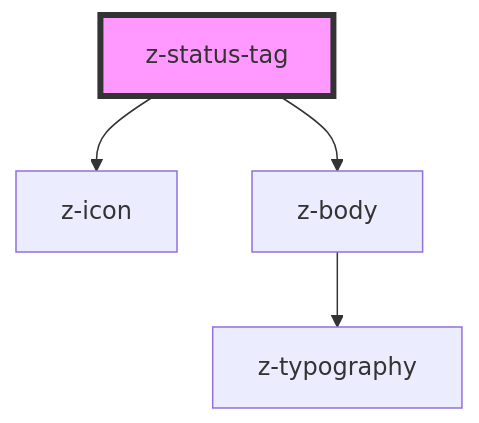
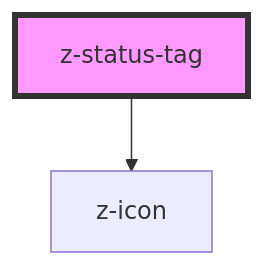
One commit to ZanichelliEditore/design-system changed the diagram in src/components/z-status-tag/readme.md. Above: the diagram before and after it, drawn with Mermaid. The commit also changed other lines of this file and 2 other files, not shown here.

Commit message:
test(CLAV-44): add test

````diff
--- a/src/components/z-status-tag/readme.md
+++ b/src/components/z-status-tag/readme.md
@@ -27,7 +26,5 @@
 ```mermaid
 graph TD;
   z-status-tag --> z-icon
-  z-status-tag --> z-body
-  z-body --> z-typography
   style z-status-tag fill:#f9f,stroke:#333,stroke-width:4px
 ```
````
